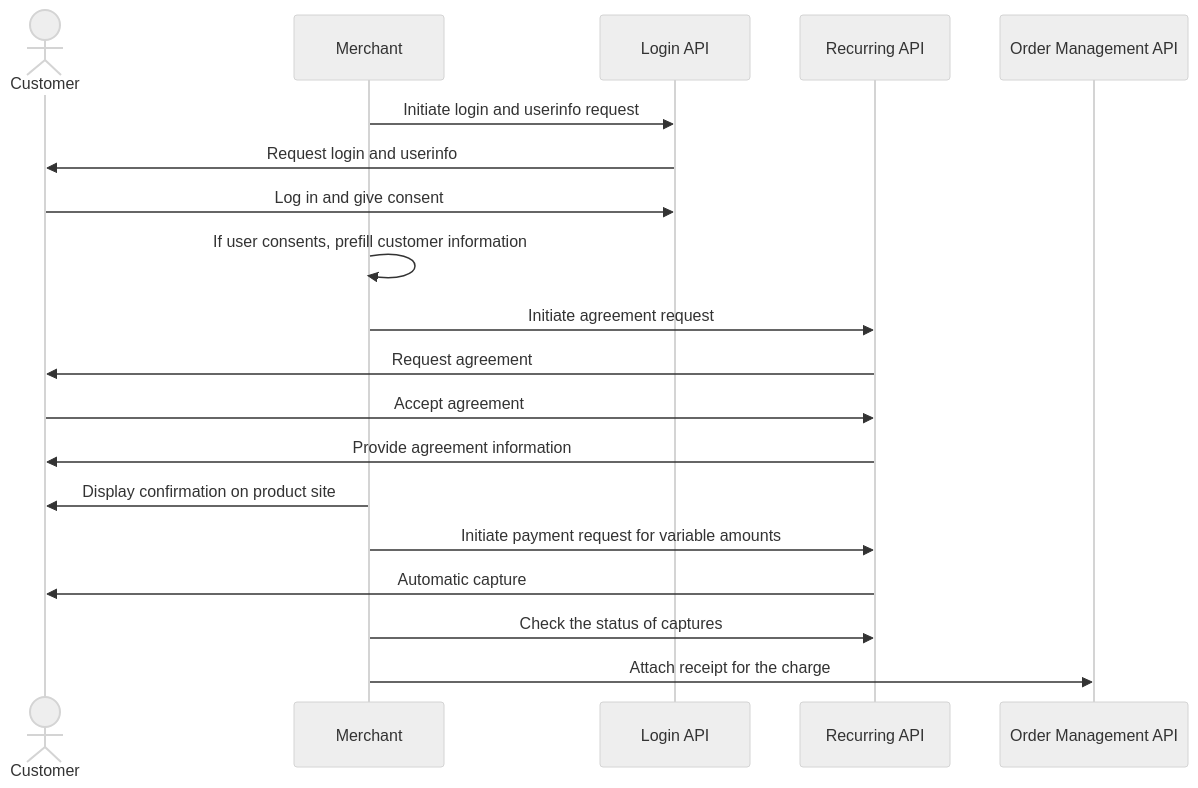
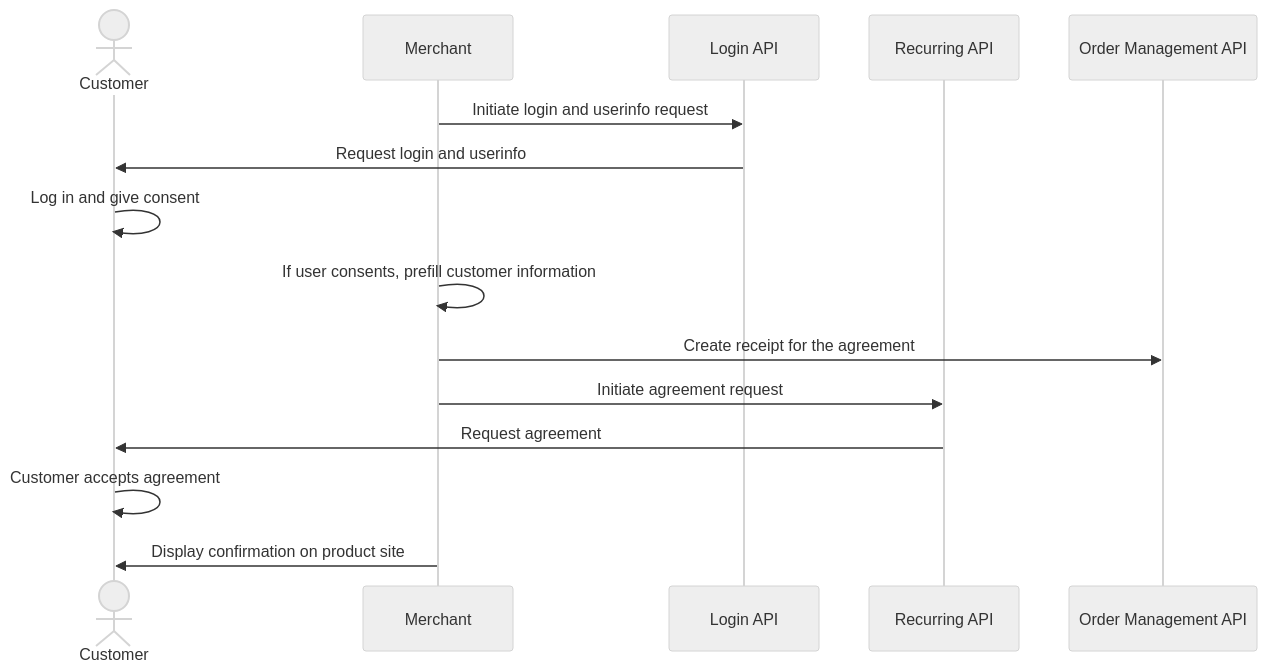
Before and after one commit to vippsas/vipps-solutions: the first of 2 diagrams in parking/README.md, drawn with Mermaid (neutral theme). The commit also changed other lines of this file and 22 other files, not shown here.

First line of the commit message:
Provide unique examples. Add receipt in payment request when possible. (#86)

````diff
--- a/parking/README.md
+++ b/parking/README.md
@@ -106,22 +217,18 @@
 ``` mermaid
 sequenceDiagram
     actor C as Customer
     participant M as Merchant
     participant Login as Login API
     participant Recurring as Recurring API
     participant ordermanagement as Order Management API
 
     M->>Login: Initiate login and userinfo request
     Login->>C: Request login and userinfo
-    C->>Login: Log in and give consent
+    C->>C: Log in and give consent
     M->>M: If user consents, prefill customer information
+    M->> ordermanagement: Create receipt for the agreement
     M->>Recurring: Initiate agreement request
     Recurring->>C: Request agreement
-    C->>Recurring: Accept agreement
-    Recurring->>C: Provide agreement information
+    C->>C: Customer accepts agreement
     M->>C: Display confirmation on product site
-    M->>Recurring: Initiate payment request for variable amounts
-    Recurring->>C: Automatic capture
-    M->>Recurring: Check the status of captures
-    M->> ordermanagement: Attach receipt for the charge
 ```
````
